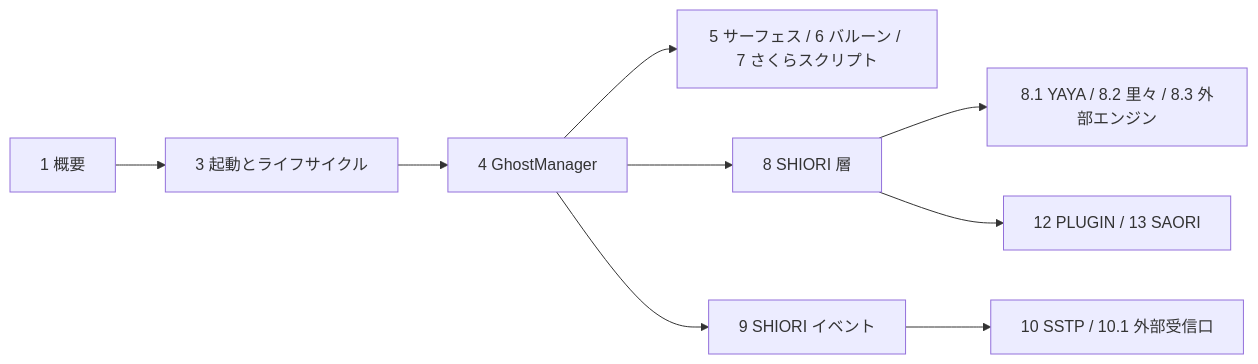
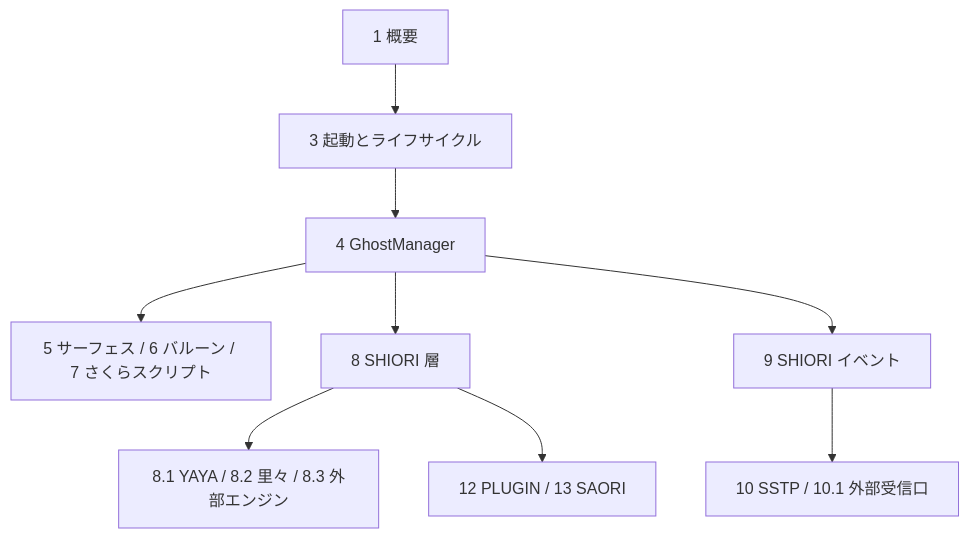
One commit to eightman999/Ourin changed the diagram in docs/deepwiki/README.md. Above: the diagram before and after it, drawn with Mermaid. The commit also changed other lines of this file and 31 other files, not shown here.

````diff
--- a/docs/deepwiki/README.md
+++ b/docs/deepwiki/README.md
@@ -12,11 +12,11 @@
 ```mermaid
-flowchart LR
+flowchart TB
     A["1 概要"] --> B["3 起動とライフサイクル"]
     B --> C["4 GhostManager"]
     C --> D["5 サーフェス / 6 バルーン / 7 さくらスクリプト"]
     C --> E["8 SHIORI 層"]
     E --> F["8.1 YAYA / 8.2 里々 / 8.3 外部エンジン"]
     C --> G["9 SHIORI イベント"]
     G --> H["10 SSTP / 10.1 外部受信口"]
     E --> I["12 PLUGIN / 13 SAORI"]
 ```
````
